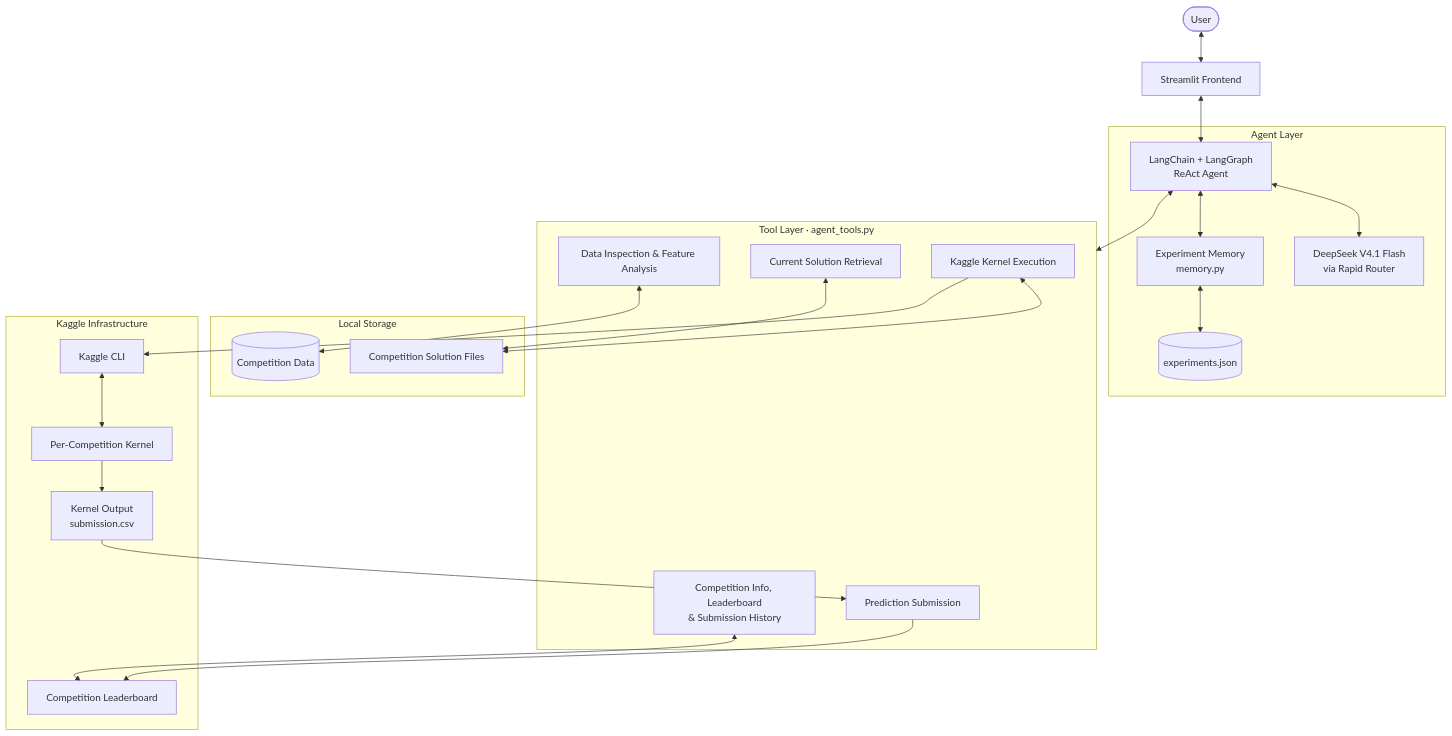
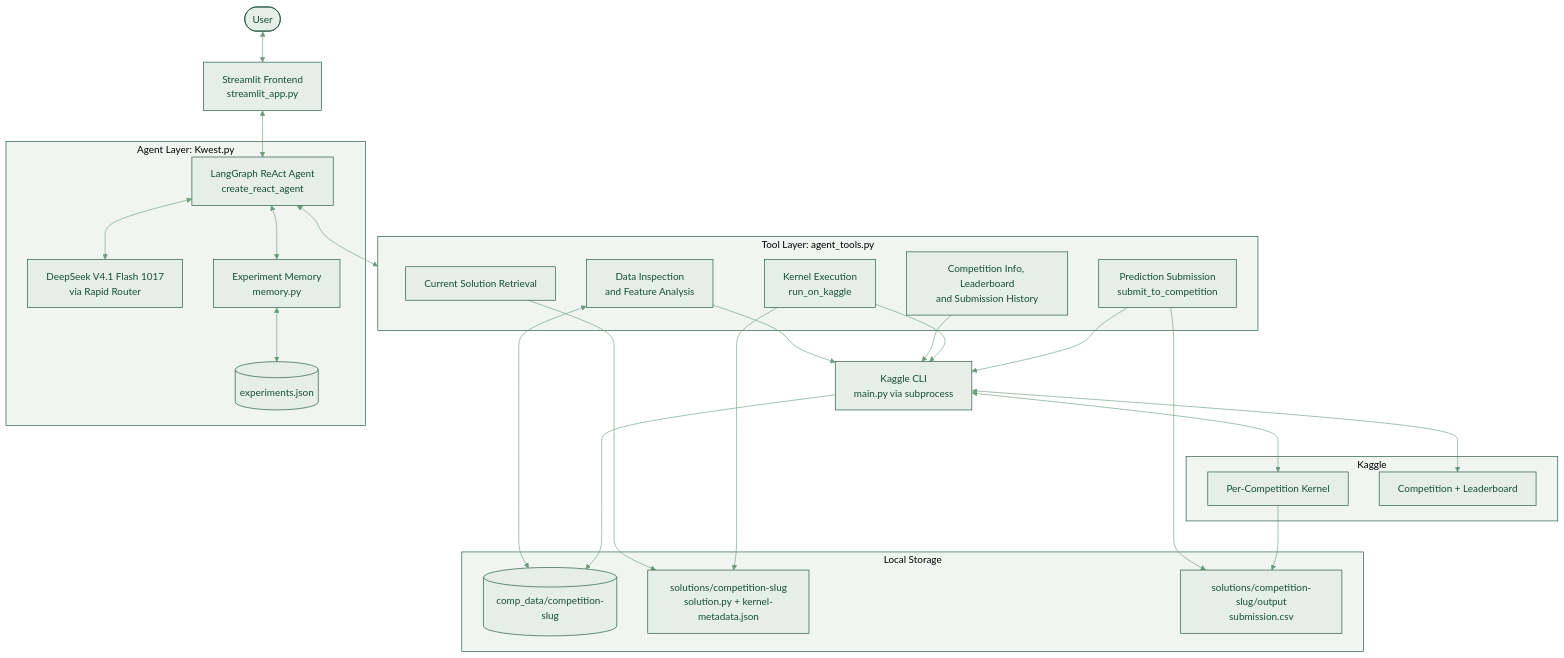
The diagram in README.md (RugvedBane/Kwest), drawn with Mermaid before and after one commit. The commit also changed other lines of this file, not shown here.

Commit message:
Fix logo file name in README.md

````diff
--- a/README.md
+++ b/README.md
@@ -46,63 +49,67 @@
 ```mermaid
 %%{init: {'theme': 'base', 'themeVariables': {
   'background': '#F7F9F5',
   'primaryColor': '#E5EEE8',
   'primaryTextColor': '#174D38',
   'primaryBorderColor': '#174D38',
   'lineColor': '#6B9B7D',
   'secondaryColor': '#EEF3EF',
   'tertiaryColor': '#FFFFFF',
   'clusterBkg': '#F0F5F1',
   'clusterBorder': '#174D38',
-  'edgeLabelBackground': '#F7F9F5'
-  'fontSize': '16px',
-  'nodePadding': 15,
+  'edgeLabelBackground': '#F7F9F5',
+  'fontSize': '16px'
 }}}%%
 flowchart TD
-    U(["User"]) <--> UI["Streamlit Frontend"]
+    U(["User"]) <--> UI["Streamlit Frontend<br/>streamlit_app.py"]
 
-    subgraph AGENT["Agent Layer"]
-        A["LangChain + LangGraph<br/>ReAct Agent"]
-        LLM["DeepSeek V4.1 Flash<br/>via Rapid Router"]
+    subgraph AGENT["Agent Layer: Kwest.py"]
+        A["LangGraph ReAct Agent<br/>create_react_agent"]
+        LLM["DeepSeek V4.1 Flash 1017<br/>via Rapid Router"]
         MEM["Experiment Memory<br/>memory.py"]
         DB[("experiments.json")]
 
         A <--> LLM
         A <--> MEM
         MEM <--> DB
     end
 
     UI <--> A
 
-    subgraph TOOLS["Tool Layer · agent_tools.py"]
-        T1["Data Inspection & Feature Analysis"]
-        T2["Competition Info, Leaderboard<br/>& Submission History"]
+    subgraph TOOLS["Tool Layer: agent_tools.py"]
+        T1["Data Inspection<br/>and Feature Analysis"]
+        T2["Competition Info, Leaderboard<br/>and Submission History"]
         T3["Current Solution Retrieval"]
-        T4["Kaggle Kernel Execution"]
-        T5["Prediction Submission"]
+        T4["Kernel Execution<br/>run_on_kaggle"]
+        T5["Prediction Submission<br/>submit_to_competition"]
     end
 
     A <--> TOOLS
 
+    CLI["Kaggle CLI<br/>main.py via subprocess"]
+
     subgraph LOCAL["Local Storage"]
-        DATA[("Competition Data")]
-        SOL["Competition Solution Files"]
+        DATA[("comp_data/competition-slug")]
+        SOL["solutions/competition-slug<br/>solution.py + kernel-metadata.json"]
+        OUT["solutions/competition-slug/output<br/>submission.csv"]
     end
 
-    subgraph KAGGLE["Kaggle Infrastructure"]
-        API["Kaggle CLI"]
+    subgraph KAGGLE["Kaggle"]
         KERNEL["Per-Competition Kernel"]
-        OUTPUT["Kernel Output<br/>submission.csv"]
-        BOARD["Competition Leaderboard"]
+        BOARD["Competition + Leaderboard"]
     end
 
     T1 <--> DATA
-    T2 <--> BOARD
-    T3 <--> SOL
-    T4 <--> SOL
-    T4 --> API
-    API <--> KERNEL
-    KERNEL --> OUTPUT
-    OUTPUT --> T5
-    T5 --> BOARD
+    T1 --> CLI
+    T2 --> CLI
+    T3 --> SOL
+    T4 --> SOL
+    T4 --> CLI
+    T5 --> OUT
+    T5 --> CLI
+
+    CLI --> DATA
+    CLI <--> KERNEL
+    KERNEL --> OUT
+    CLI <--> BOARD
 ```
````
